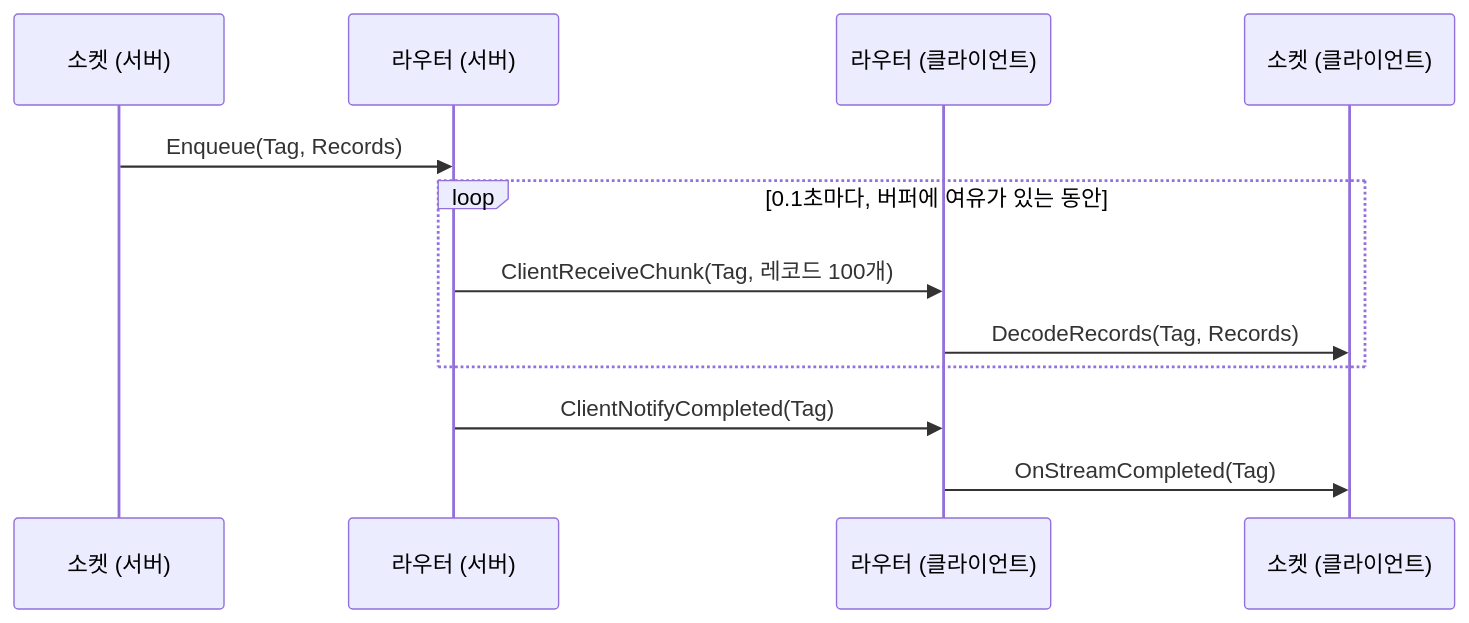
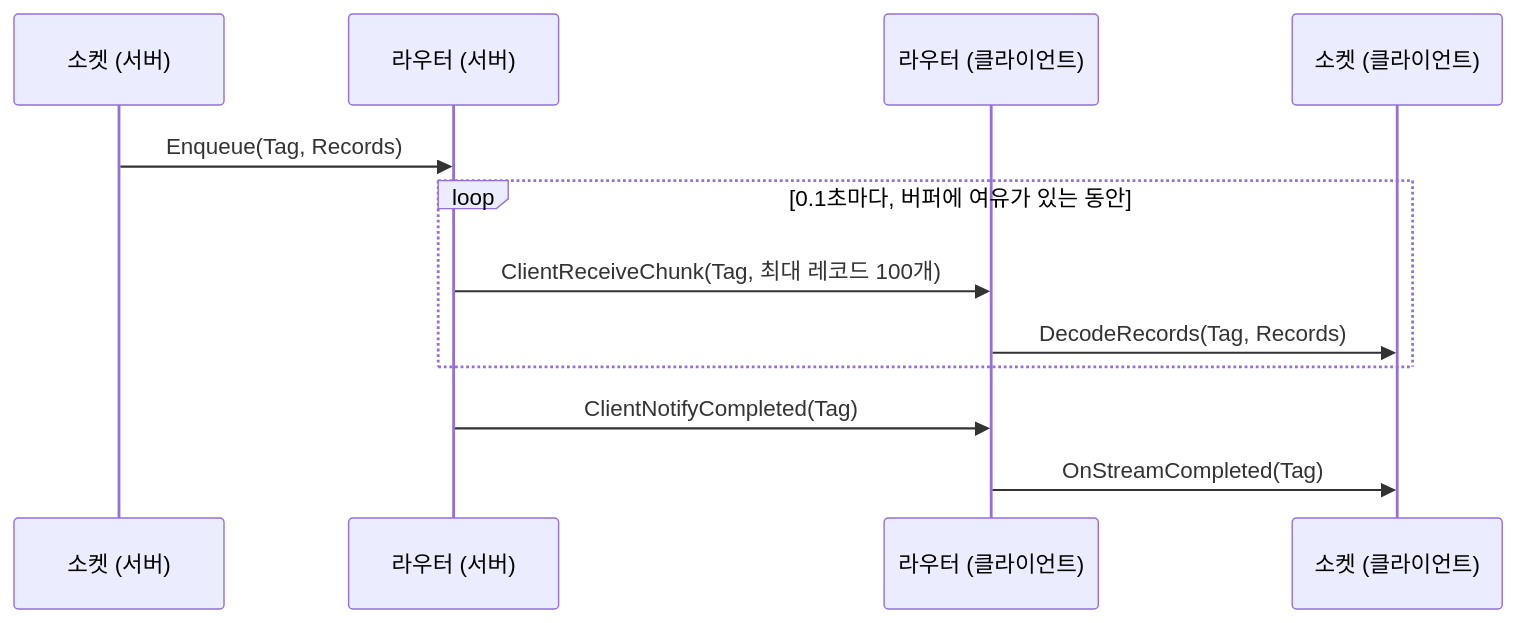
One commit to hon454/hon454.github.io changed the diagram in src/content/posts/notd-reliable-rpc-data-streaming.md. Above: the diagram before and after it, drawn with Mermaid. The commit also changed other lines of this file and 4 other files, not shown here.

````diff
--- a/src/content/posts/notd-reliable-rpc-data-streaming.md
+++ b/src/content/posts/notd-reliable-rpc-data-streaming.md
@@ -64,14 +64,14 @@
 ```mermaid
 sequenceDiagram
     participant S as 소켓 (서버)
     participant R as 라우터 (서버)
     participant C as 라우터 (클라이언트)
     participant K as 소켓 (클라이언트)
     S->>R: Enqueue(Tag, Records)
     loop 0.1초마다, 버퍼에 여유가 있는 동안
-        R->>C: ClientReceiveChunk(Tag, 레코드 100개)
+        R->>C: ClientReceiveChunk(Tag, 최대 레코드 100개)
         C->>K: DecodeRecords(Tag, Records)
     end
     R->>C: ClientNotifyCompleted(Tag)
     C->>K: OnStreamCompleted(Tag)
 ```
````
